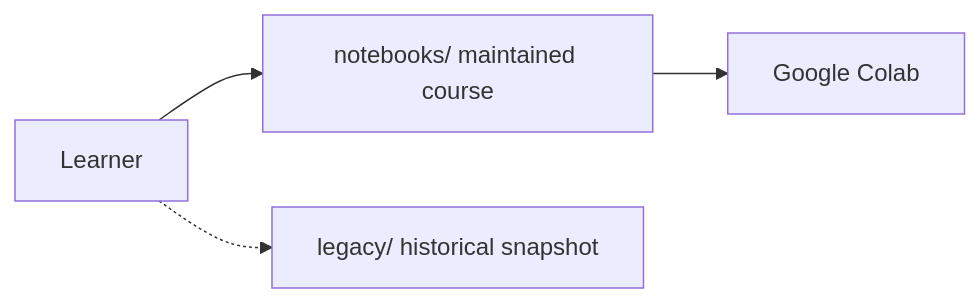
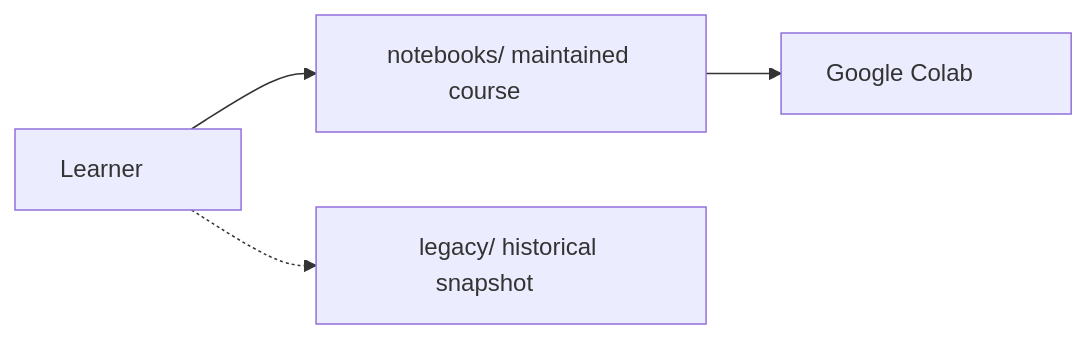
The diagram in legacy/README.md (ialimustufa/python-crash-course), drawn with Mermaid before and after one commit. The commit also changed 10 other files, not shown here.

Commit message:
Stop Mermaid node labels from clipping the last character.

````diff
--- a/legacy/README.md
+++ b/legacy/README.md
@@ -7,6 +7,6 @@
 ```mermaid
 flowchart LR
-  learner[Learner] --> current[notebooks/ maintained course]
-  learner -.-> archive[legacy/ historical snapshot]
-  current --> colab[Google Colab]
+  learner["Learner&nbsp;&nbsp;&nbsp;&nbsp;&nbsp;&nbsp;&nbsp;&nbsp;"] --> current["notebooks/ maintained course&nbsp;&nbsp;&nbsp;&nbsp;&nbsp;&nbsp;&nbsp;&nbsp;"]
+  learner -.-> archive["legacy/ historical snapshot&nbsp;&nbsp;&nbsp;&nbsp;&nbsp;&nbsp;&nbsp;&nbsp;"]
+  current --> colab["Google Colab&nbsp;&nbsp;&nbsp;&nbsp;&nbsp;&nbsp;&nbsp;&nbsp;"]
 ```
````
